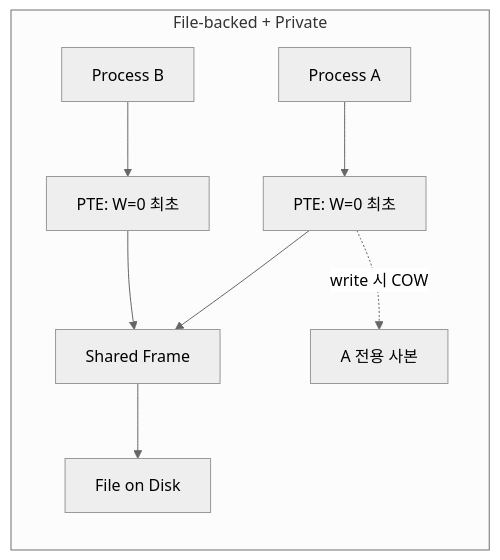
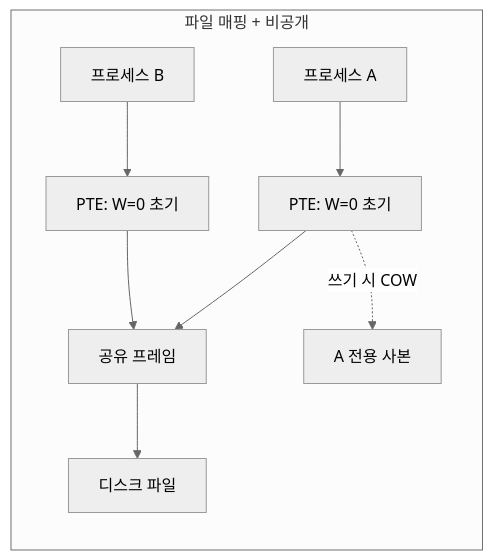
One commit to Jungle-12-303/wk07_6 changed the second of 4 diagrams in docs/blog/concepts/14-mmap-four-combinations.md. Above: the diagram before and after it, drawn with Mermaid (neutral theme). The commit also changed other lines of this file and 26 other files, not shown here.

First line of the commit message:
docs: 블로그 소제목·Mermaid·ASCII 박스 가독성 정비

````diff
--- a/docs/blog/concepts/14-mmap-four-combinations.md
+++ b/docs/blog/concepts/14-mmap-four-combinations.md
@@ -69,11 +69,11 @@
 ```mermaid
 flowchart LR
-    subgraph FP["File-backed + Private"]
-        G1[Process A] --> Q1[PTE: W=0 최초]
-        G2[Process B] --> Q2[PTE: W=0 최초]
-        Q1 --> FRP[Shared Frame]
+    subgraph FP["파일 매핑 + 비공개"]
+        G1[프로세스 A] --> Q1[PTE: W=0 초기]
+        G2[프로세스 B] --> Q2[PTE: W=0 초기]
+        Q1 --> FRP[공유 프레임]
         Q2 --> FRP
-        FRP --> DISK2[File on Disk]
-        Q1 -. write 시 COW .-> NEW1[A 전용 사본]
+        FRP --> DISK2[디스크 파일]
+        Q1 -. 쓰기 시 COW .-> NEW1[A 전용 사본]
     end
 ```
````
